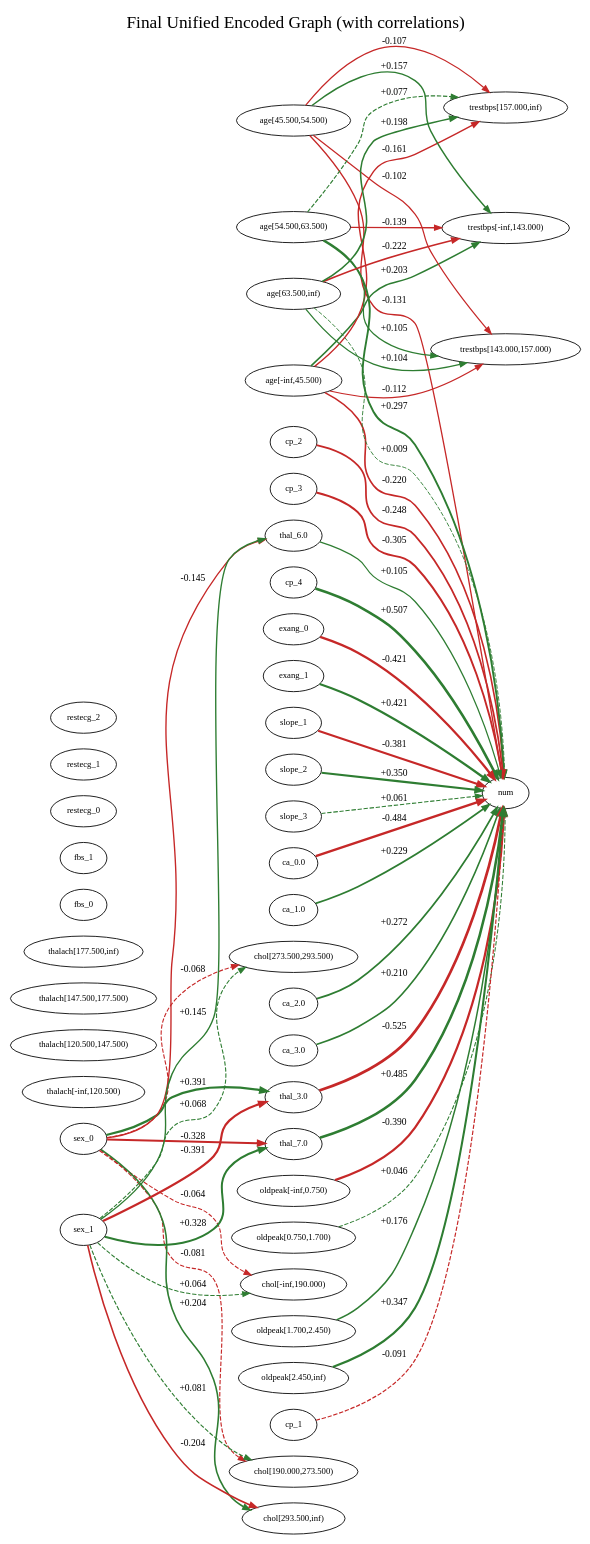
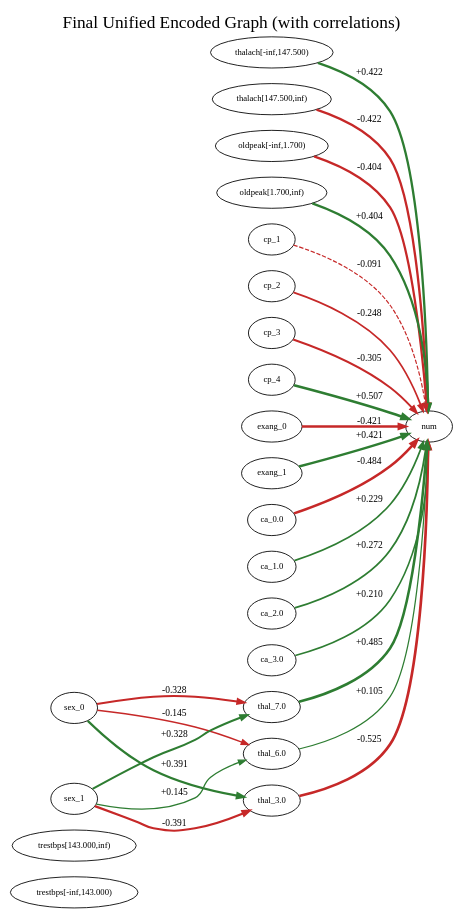
The diagram in causal_argumentation-main/outputs_heart_disease/fci_experiment/final_unified_fci_weighted.dot (AKANEMO22/MedTCAX-Causal-Argumentative-Explainability), drawn with Graphviz before and after one commit. The commit also changed 29 other files, not shown here.

```diff
--- a/causal_argumentation-main/outputs_heart_disease/fci_experiment/final_unified_fci_weighted.dot
+++ b/causal_argumentation-main/outputs_heart_disease/fci_experiment/final_unified_fci_weighted.dot
@@ -1,99 +1,51 @@
 digraph G {
 rankdir=LR;
 label="Final Unified Encoded Graph (with correlations)";
 labelloc=t;
 fontsize=20;
-"age[-inf,45.500)" [shape=ellipse, fontsize=10];
-"age[45.500,54.500)" [shape=ellipse, fontsize=10];
-"age[54.500,63.500)" [shape=ellipse, fontsize=10];
-"age[63.500,inf)" [shape=ellipse, fontsize=10];
 "trestbps[-inf,143.000)" [shape=ellipse, fontsize=10];
-"trestbps[143.000,157.000)" [shape=ellipse, fontsize=10];
-"trestbps[157.000,inf)" [shape=ellipse, fontsize=10];
-"chol[-inf,190.000)" [shape=ellipse, fontsize=10];
-"chol[190.000,273.500)" [shape=ellipse, fontsize=10];
-"chol[273.500,293.500)" [shape=ellipse, fontsize=10];
-"chol[293.500,inf)" [shape=ellipse, fontsize=10];
-"thalach[-inf,120.500)" [shape=ellipse, fontsize=10];
-"thalach[120.500,147.500)" [shape=ellipse, fontsize=10];
-"thalach[147.500,177.500)" [shape=ellipse, fontsize=10];
-"thalach[177.500,inf)" [shape=ellipse, fontsize=10];
-"oldpeak[-inf,0.750)" [shape=ellipse, fontsize=10];
-"oldpeak[0.750,1.700)" [shape=ellipse, fontsize=10];
-"oldpeak[1.700,2.450)" [shape=ellipse, fontsize=10];
-"oldpeak[2.450,inf)" [shape=ellipse, fontsize=10];
+"trestbps[143.000,inf)" [shape=ellipse, fontsize=10];
+"thalach[-inf,147.500)" [shape=ellipse, fontsize=10];
+"thalach[147.500,inf)" [shape=ellipse, fontsize=10];
+"oldpeak[-inf,1.700)" [shape=ellipse, fontsize=10];
+"oldpeak[1.700,inf)" [shape=ellipse, fontsize=10];
 sex_0 [shape=ellipse, fontsize=10];
 sex_1 [shape=ellipse, fontsize=10];
 cp_1 [shape=ellipse, fontsize=10];
 cp_2 [shape=ellipse, fontsize=10];
 cp_3 [shape=ellipse, fontsize=10];
 cp_4 [shape=ellipse, fontsize=10];
-fbs_0 [shape=ellipse, fontsize=10];
-fbs_1 [shape=ellipse, fontsize=10];
-restecg_0 [shape=ellipse, fontsize=10];
-restecg_1 [shape=ellipse, fontsize=10];
-restecg_2 [shape=ellipse, fontsize=10];
 exang_0 [shape=ellipse, fontsize=10];
 exang_1 [shape=ellipse, fontsize=10];
-slope_1 [shape=ellipse, fontsize=10];
-slope_2 [shape=ellipse, fontsize=10];
-slope_3 [shape=ellipse, fontsize=10];
 "ca_0.0" [shape=ellipse, fontsize=10];
 "ca_1.0" [shape=ellipse, fontsize=10];
 "ca_2.0" [shape=ellipse, fontsize=10];
 "ca_3.0" [shape=ellipse, fontsize=10];
 "thal_3.0" [shape=ellipse, fontsize=10];
 "thal_6.0" [shape=ellipse, fontsize=10];
 "thal_7.0" [shape=ellipse, fontsize=10];
 num [shape=ellipse, fontsize=10];
-"age[-inf,45.500)" -> num [arrowsize=0.8, label=" -0.220 ", fontsize=11, color="#c62828", penwidth=1.8786300702595229];
-"age[-inf,45.500)" -> "trestbps[157.000,inf)" [arrowsize=0.8, label=" -0.161 ", fontsize=11, color="#c62828", penwidth=1.6430857812406512];
-"age[-inf,45.500)" -> "trestbps[143.000,157.000)" [arrowsize=0.8, label=" -0.112 ", fontsize=11, color="#c62828", penwidth=1.4488260752123223];
-"age[-inf,45.500)" -> "trestbps[-inf,143.000)" [arrowsize=0.8, label=" +0.203 ", fontsize=11, color="#2e7d32", penwidth=1.8105451697530033];
-"age[45.500,54.500)" -> num [arrowsize=0.8, label=" -0.131 ", fontsize=11, color="#c62828", penwidth=1.5251743838691747];
-"age[45.500,54.500)" -> "trestbps[157.000,inf)" [arrowsize=0.8, label=" -0.107 ", fontsize=11, color="#c62828", penwidth=1.4276179870598793];
-"age[45.500,54.500)" -> "trestbps[143.000,157.000)" [arrowsize=0.8, label=" -0.102 ", fontsize=11, color="#c62828", penwidth=1.4080471333733238];
-"age[45.500,54.500)" -> "trestbps[-inf,143.000)" [arrowsize=0.8, label=" +0.157 ", fontsize=11, color="#2e7d32", penwidth=1.6264700137907346];
-"age[54.500,63.500)" -> num [arrowsize=0.8, label=" +0.297 ", fontsize=11, color="#2e7d32", penwidth=2.1896429130996475];
-"age[54.500,63.500)" -> "trestbps[157.000,inf)" [arrowsize=0.8, label=" +0.077 ", fontsize=11, color="#2e7d32", style=dashed, penwidth=1.3098740839015095];
-"age[54.500,63.500)" -> "trestbps[143.000,157.000)" [arrowsize=0.8, label=" +0.105 ", fontsize=11, color="#2e7d32", penwidth=1.4211174438061578];
-"age[54.500,63.500)" -> "trestbps[-inf,143.000)" [arrowsize=0.8, label=" -0.139 ", fontsize=11, color="#c62828", penwidth=1.5541059056285196];
-"age[63.500,inf)" -> num [arrowsize=0.8, label=" +0.009 ", fontsize=11, color="#2e7d32", style=dashed, penwidth=1.034009965194244];
-"age[63.500,inf)" -> "trestbps[157.000,inf)" [arrowsize=0.8, label=" +0.198 ", fontsize=11, color="#2e7d32", penwidth=1.7905063988676664];
-"age[63.500,inf)" -> "trestbps[143.000,157.000)" [arrowsize=0.8, label=" +0.104 ", fontsize=11, color="#2e7d32", penwidth=1.4177812069637634];
-"age[63.500,inf)" -> "trestbps[-inf,143.000)" [arrowsize=0.8, label=" -0.222 ", fontsize=11, color="#c62828", penwidth=1.889428278141549];
-"oldpeak[-inf,0.750)" -> num [arrowsize=0.8, label=" -0.390 ", fontsize=11, color="#c62828", penwidth=2.5612433054848953];
-"oldpeak[0.750,1.700)" -> num [arrowsize=0.8, label=" +0.046 ", fontsize=11, color="#2e7d32", style=dashed, penwidth=1.185422657309768];
-"oldpeak[1.700,2.450)" -> num [arrowsize=0.8, label=" +0.176 ", fontsize=11, color="#2e7d32", penwidth=1.7056987317095673];
-"oldpeak[2.450,inf)" -> num [arrowsize=0.8, label=" +0.347 ", fontsize=11, color="#2e7d32", penwidth=2.38882512973719];
+"thalach[-inf,147.500)" -> num [arrowsize=0.8, label=" +0.422 ", fontsize=11, color="#2e7d32", penwidth=2.6874541376058563];
+"thalach[147.500,inf)" -> num [arrowsize=0.8, label=" -0.422 ", fontsize=11, color="#c62828", penwidth=2.6874541376058563];
+"oldpeak[-inf,1.700)" -> num [arrowsize=0.8, label=" -0.404 ", fontsize=11, color="#c62828", penwidth=2.6156442073879136];
+"oldpeak[1.700,inf)" -> num [arrowsize=0.8, label=" +0.404 ", fontsize=11, color="#2e7d32", penwidth=2.6156442073879136];
+sex_0 -> "thal_6.0" [arrowsize=0.8, label=" -0.145 ", fontsize=11, color="#c62828", penwidth=1.5814704187295225];
 sex_0 -> "thal_3.0" [arrowsize=0.8, label=" +0.391 ", fontsize=11, color="#2e7d32", penwidth=2.5629184216859295];
-sex_0 -> "chol[190.000,273.500)" [arrowsize=0.8, label=" -0.081 ", fontsize=11, color="#c62828", style=dashed, penwidth=1.3246528503218855];
-sex_0 -> "chol[-inf,190.000)" [arrowsize=0.8, label=" -0.064 ", fontsize=11, color="#c62828", style=dashed, penwidth=1.2577167251999006];
-sex_0 -> "thal_6.0" [arrowsize=0.8, label=" -0.145 ", fontsize=11, color="#c62828", penwidth=1.5814704187295225];
-sex_0 -> "chol[293.500,inf)" [arrowsize=0.8, label=" +0.204 ", fontsize=11, color="#2e7d32", penwidth=1.817385678603574];
-sex_0 -> "chol[273.500,293.500)" [arrowsize=0.8, label=" -0.068 ", fontsize=11, color="#c62828", style=dashed, penwidth=1.2731791823540763];
 sex_0 -> "thal_7.0" [arrowsize=0.8, label=" -0.328 ", fontsize=11, color="#c62828", penwidth=2.310682531330193];
+sex_1 -> "thal_6.0" [arrowsize=0.8, label=" +0.145 ", fontsize=11, color="#2e7d32", penwidth=1.581470418729523];
 sex_1 -> "thal_3.0" [arrowsize=0.8, label=" -0.391 ", fontsize=11, color="#c62828", penwidth=2.56291842168593];
-sex_1 -> "chol[190.000,273.500)" [arrowsize=0.8, label=" +0.081 ", fontsize=11, color="#2e7d32", style=dashed, penwidth=1.3246528503218853];
-sex_1 -> "chol[-inf,190.000)" [arrowsize=0.8, label=" +0.064 ", fontsize=11, color="#2e7d32", style=dashed, penwidth=1.2577167251999009];
-sex_1 -> "thal_6.0" [arrowsize=0.8, label=" +0.145 ", fontsize=11, color="#2e7d32", penwidth=1.581470418729523];
-sex_1 -> "chol[293.500,inf)" [arrowsize=0.8, label=" -0.204 ", fontsize=11, color="#c62828", penwidth=1.817385678603575];
-sex_1 -> "chol[273.500,293.500)" [arrowsize=0.8, label=" +0.068 ", fontsize=11, color="#2e7d32", style=dashed, penwidth=1.2731791823540761];
 sex_1 -> "thal_7.0" [arrowsize=0.8, label=" +0.328 ", fontsize=11, color="#2e7d32", penwidth=2.310682531330192];
 cp_1 -> num [arrowsize=0.8, label=" -0.091 ", fontsize=11, color="#c62828", style=dashed, penwidth=1.3648339979684732];
 cp_2 -> num [arrowsize=0.8, label=" -0.248 ", fontsize=11, color="#c62828", penwidth=1.9901413575981535];
 cp_3 -> num [arrowsize=0.8, label=" -0.305 ", fontsize=11, color="#c62828", penwidth=2.221380086128977];
 cp_4 -> num [arrowsize=0.8, label=" +0.507 ", fontsize=11, color="#2e7d32", penwidth=3.028139926672511];
 exang_0 -> num [arrowsize=0.8, label=" -0.421 ", fontsize=11, color="#c62828", penwidth=2.685421961825812];
 exang_1 -> num [arrowsize=0.8, label=" +0.421 ", fontsize=11, color="#2e7d32", penwidth=2.6854219618258117];
-slope_1 -> num [arrowsize=0.8, label=" -0.381 ", fontsize=11, color="#c62828", penwidth=2.522447258562019];
-slope_2 -> num [arrowsize=0.8, label=" +0.350 ", fontsize=11, color="#2e7d32", penwidth=2.3985401459854];
-slope_3 -> num [arrowsize=0.8, label=" +0.061 ", fontsize=11, color="#2e7d32", style=dashed, penwidth=1.2437991937610582];
 "ca_0.0" -> num [arrowsize=0.8, label=" -0.484 ", fontsize=11, color="#c62828", penwidth=2.9341209987654198];
 "ca_1.0" -> num [arrowsize=0.8, label=" +0.229 ", fontsize=11, color="#2e7d32", penwidth=1.9158945115554054];
 "ca_2.0" -> num [arrowsize=0.8, label=" +0.272 ", fontsize=11, color="#2e7d32", penwidth=2.089598727696698];
 "ca_3.0" -> num [arrowsize=0.8, label=" +0.210 ", fontsize=11, color="#2e7d32", penwidth=1.8381249455377504];
 "thal_3.0" -> num [arrowsize=0.8, label=" -0.525 ", fontsize=11, color="#c62828", penwidth=3.099887497407961];
 "thal_6.0" -> num [arrowsize=0.8, label=" +0.105 ", fontsize=11, color="#2e7d32", penwidth=1.41860431652912];
 "thal_7.0" -> num [arrowsize=0.8, label=" +0.485 ", fontsize=11, color="#2e7d32", penwidth=2.93862716188729];
 }
```
